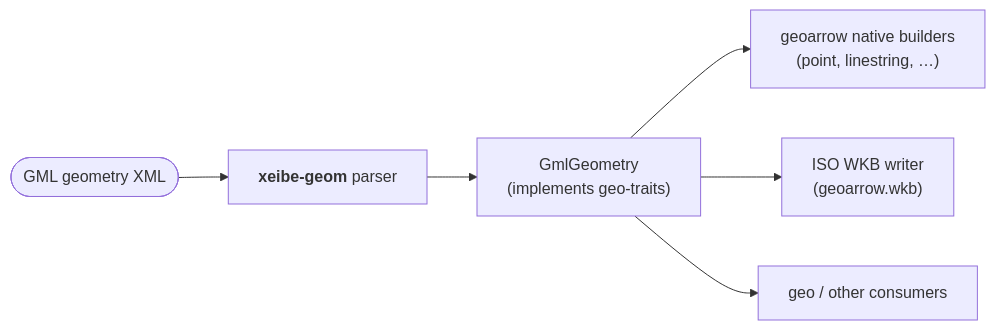
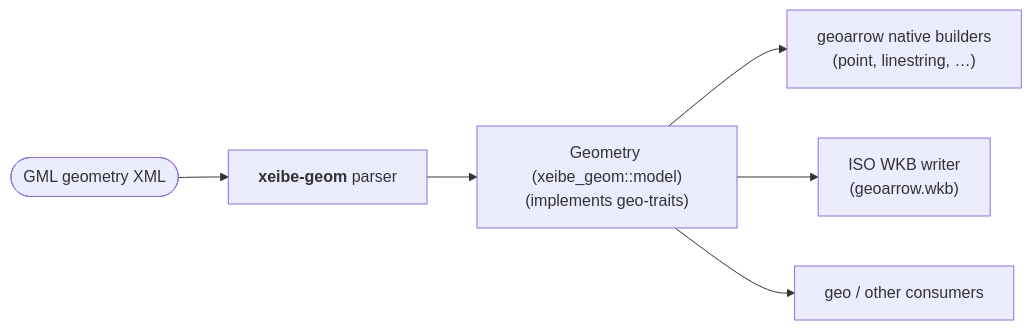
One commit to ttomasz/xeibe changed the diagram in docs/geometry.md. Above: the diagram before and after it, drawn with Mermaid. The commit also changed other lines of this file and 6 other files, not shown here.

````diff
--- a/docs/geometry.md
+++ b/docs/geometry.md
@@ -21,8 +21,8 @@
 ```mermaid
 flowchart LR
     xml(["GML geometry XML"]) --> parser["<b>xeibe-geom</b> parser"]
-    parser --> model["GmlGeometry<br/>(implements geo-traits)"]
+    parser --> model["Geometry (xeibe_geom::model)<br/>(implements geo-traits)"]
     model --> native["geoarrow native builders<br/>(point, linestring, …)"]
     model --> wkb["ISO WKB writer<br/>(geoarrow.wkb)"]
     model --> other["geo / other consumers"]
 ```
````
